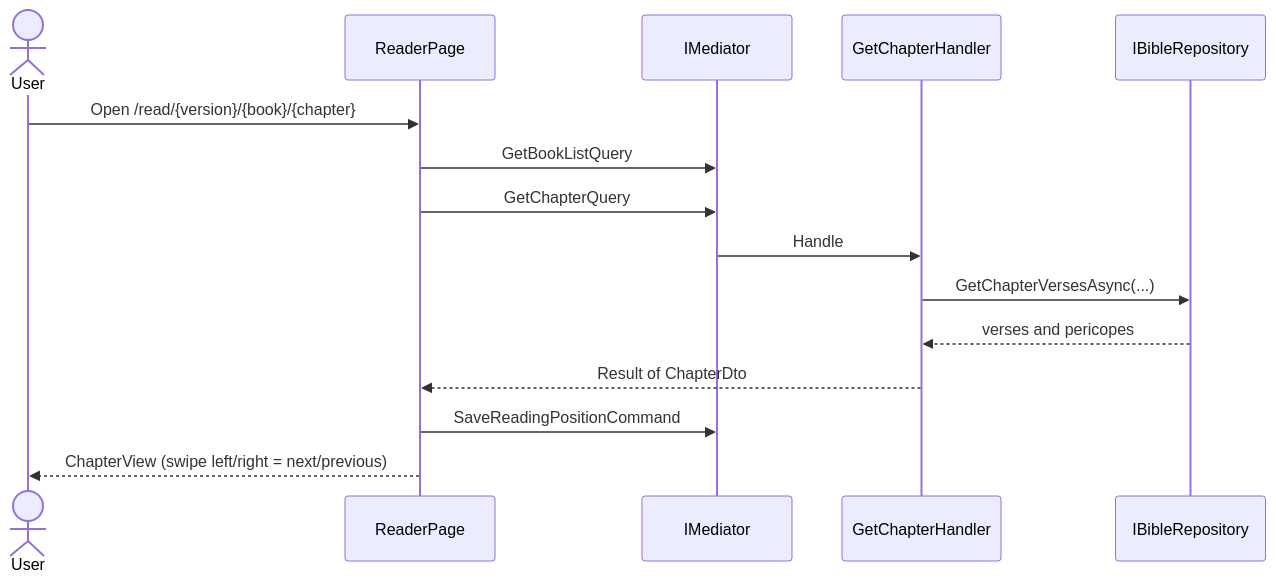
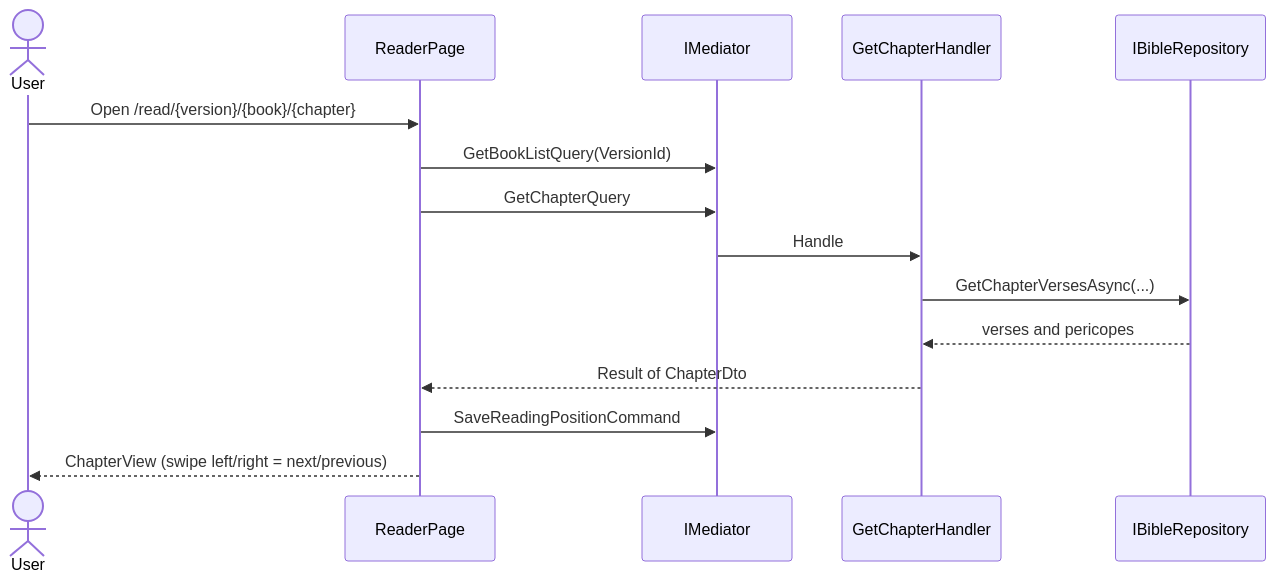
Before and after one commit to pradikta/openbible: the third of 11 diagrams in README.md, drawn with Mermaid. The commit also changed other lines of this file and 135 other files, not shown here.

````diff
--- a/README.md
+++ b/README.md
@@ -211,17 +272,17 @@
 ```mermaid
 sequenceDiagram
     actor U as User
     participant R as ReaderPage
     participant M as IMediator
     participant H as GetChapterHandler
     participant Repo as IBibleRepository
     U->>R: Open /read/{version}/{book}/{chapter}
-    R->>M: GetBookListQuery
+    R->>M: GetBookListQuery(VersionId)
     R->>M: GetChapterQuery
     M->>H: Handle
     H->>Repo: GetChapterVersesAsync(...)
     Repo-->>H: verses and pericopes
     H-->>R: Result of ChapterDto
     R->>M: SaveReadingPositionCommand
     R-->>U: ChapterView (swipe left/right = next/previous)
 ```
````
